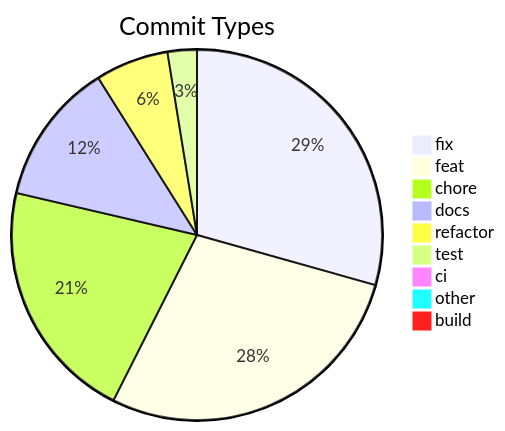
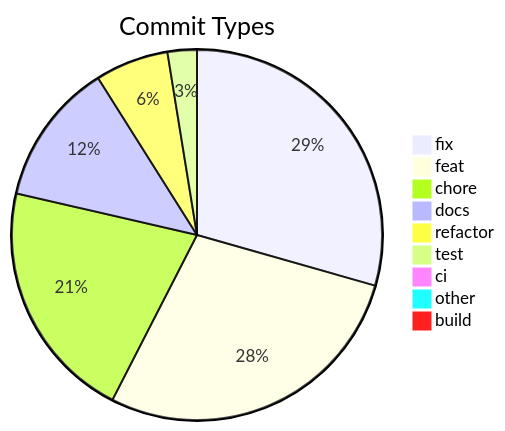
One commit to svenroth-ai/shipwright changed the diagram in .shipwright/compliance/change-history.md. Above: the diagram before and after it, drawn with Mermaid. The commit also changed other lines of this file and 23 other files, not shown here.

````diff
--- a/.shipwright/compliance/change-history.md
+++ b/.shipwright/compliance/change-history.md
@@ -8,12 +8,12 @@
 ```mermaid
 pie title Commit Types
     "fix" : 345
     "feat" : 330
-    "chore" : 249
+    "chore" : 247
     "docs" : 146
     "refactor" : 75
     "test" : 30
     "ci" : 11
     "other" : 9
     "build" : 1
 ```
````
